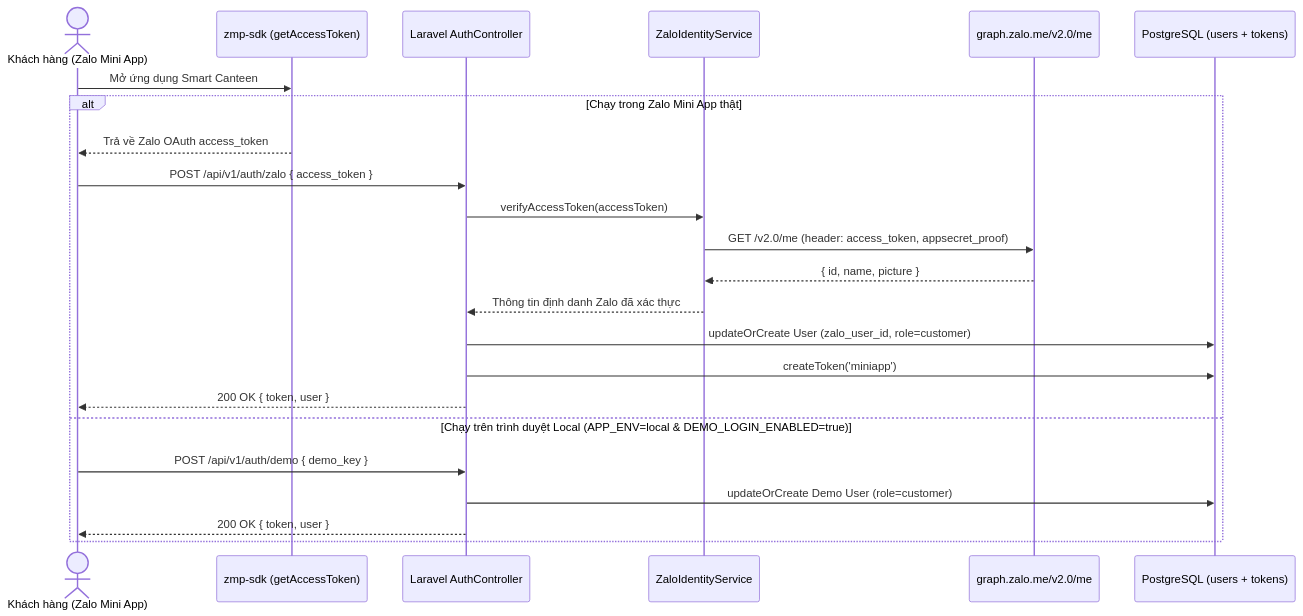
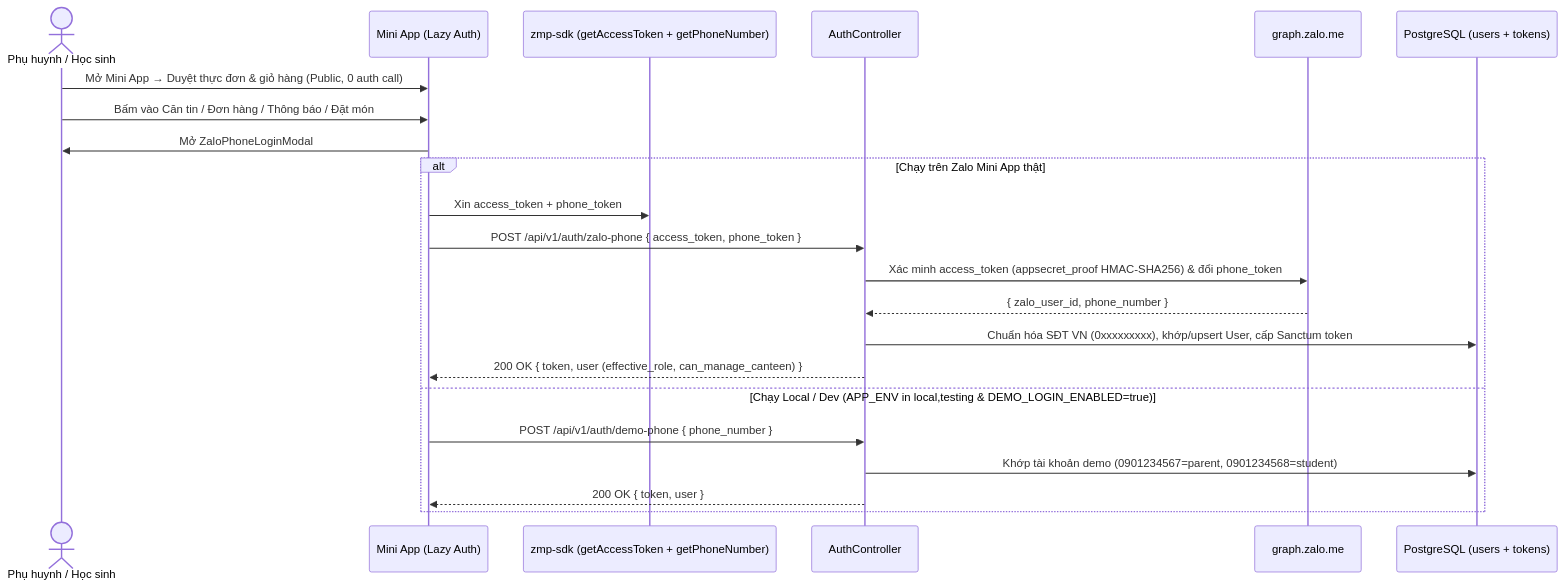
The second of 4 diagrams in docs/architecture/system-architecture.md (HoangKhang5207/SmartCanteen), drawn with Mermaid before and after one commit. The commit also changed other lines of this file and 14 other files, not shown here.

````diff
--- a/docs/architecture/system-architecture.md
+++ b/docs/architecture/system-architecture.md
@@ -52,26 +55,25 @@
 ```mermaid
 sequenceDiagram
-    actor Customer as Khách hàng (Zalo Mini App)
-    participant ZSDK as zmp-sdk (getAccessToken)
-    participant API as Laravel AuthController
-    participant ZService as ZaloIdentityService
-    participant Zalo as graph.zalo.me/v2.0/me
+    actor User as Phụ huynh / Học sinh
+    participant App as Mini App (Lazy Auth)
+    participant ZSDK as zmp-sdk (getAccessToken + getPhoneNumber)
+    participant API as AuthController
+    participant Zalo as graph.zalo.me
     participant DB as PostgreSQL (users + tokens)
 
-    Customer->>ZSDK: Mở ứng dụng Smart Canteen
-    alt Chạy trong Zalo Mini App thật
-        ZSDK-->>Customer: Trả về Zalo OAuth access_token
-        Customer->>API: POST /api/v1/auth/zalo { access_token }
-        API->>ZService: verifyAccessToken(accessToken)
-        ZService->>Zalo: GET /v2.0/me (header: access_token, appsecret_proof)
-        Zalo-->>ZService: { id, name, picture }
-        ZService-->>API: Thông tin định danh Zalo đã xác thực
-        API->>DB: updateOrCreate User (zalo_user_id, role=customer)
-        API->>DB: createToken('miniapp')
-        API-->>Customer: 200 OK { token, user }
-    else Chạy trên trình duyệt Local (APP_ENV=local & DEMO_LOGIN_ENABLED=true)
-        Customer->>API: POST /api/v1/auth/demo { demo_key }
-        API->>DB: updateOrCreate Demo User (role=customer)
-        API-->>Customer: 200 OK { token, user }
+    User->>App: Mở Mini App → Duyệt thực đơn & giỏ hàng (Public, 0 auth call)
+    User->>App: Bấm vào Căn tin / Đơn hàng / Thông báo / Đặt món
+    App->>User: Mở ZaloPhoneLoginModal
+    alt Chạy trên Zalo Mini App thật
+        App->>ZSDK: Xin access_token + phone_token
+        App->>API: POST /api/v1/auth/zalo-phone { access_token, phone_token }
+        API->>Zalo: Xác minh access_token (appsecret_proof HMAC-SHA256) & đổi phone_token
+        Zalo-->>API: { zalo_user_id, phone_number }
+        API->>DB: Chuẩn hóa SĐT VN (0xxxxxxxxx), khớp/upsert User, cấp Sanctum token
+        API-->>App: 200 OK { token, user (effective_role, can_manage_canteen) }
+    else Chạy Local / Dev (APP_ENV in local,testing & DEMO_LOGIN_ENABLED=true)
+        App->>API: POST /api/v1/auth/demo-phone { phone_number }
+        API->>DB: Khớp tài khoản demo (0901234567=parent, 0901234568=student)
+        API-->>App: 200 OK { token, user }
     end
 ```
````
